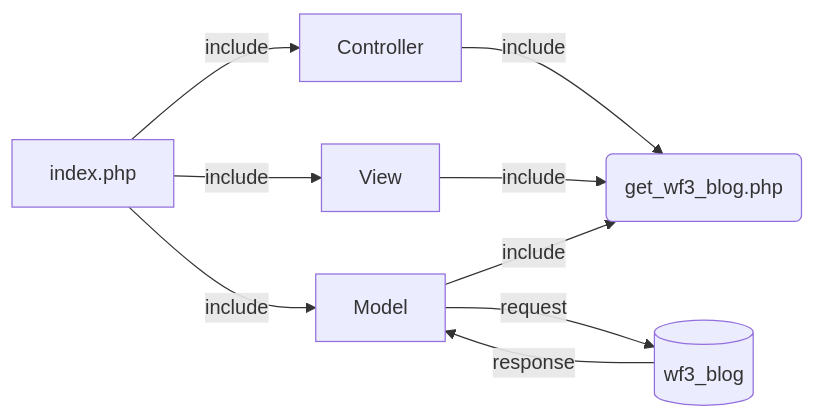
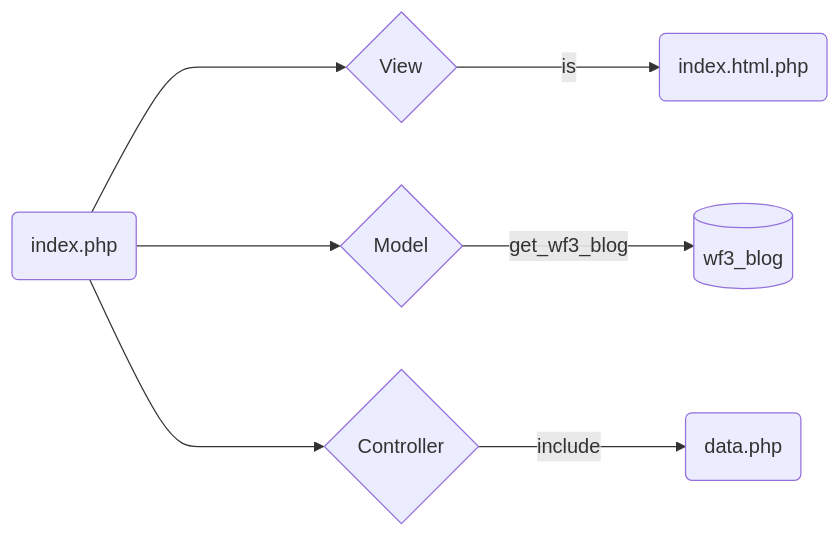
The first of 2 diagrams in README.md (razmi0/WF3-MVC), drawn with Mermaid before and after one commit. The commit also changed other lines of this file, not shown here.

````diff
--- a/README.md
+++ b/README.md
@@ -15,11 +15,6 @@
 ```mermaid
 graph LR
-A[index.php] -- include --> B[Controller]
-B[Controller] -- include --> E(data.php)
-A[index.php] -- include --> D[View]
-A[index.php] -- include --> C[Model]
-D[View] -- include --> E(index.html.php)
-C[Model] -- include --> E(get_wf3_blog.php)
-C[Model] -- request --> K[(wf3_blog)]
-K[(wf3_blog)] -- response --> C[Model]
+A(index.php) ----> D{View}--is--> E(index.html.php)
+A(index.php) ----> C{Model}-- get_wf3_blog --> K[(wf3_blog)]
+A(index.php) ----> B{Controller}-- include-->H(data.php)
 ```
````
